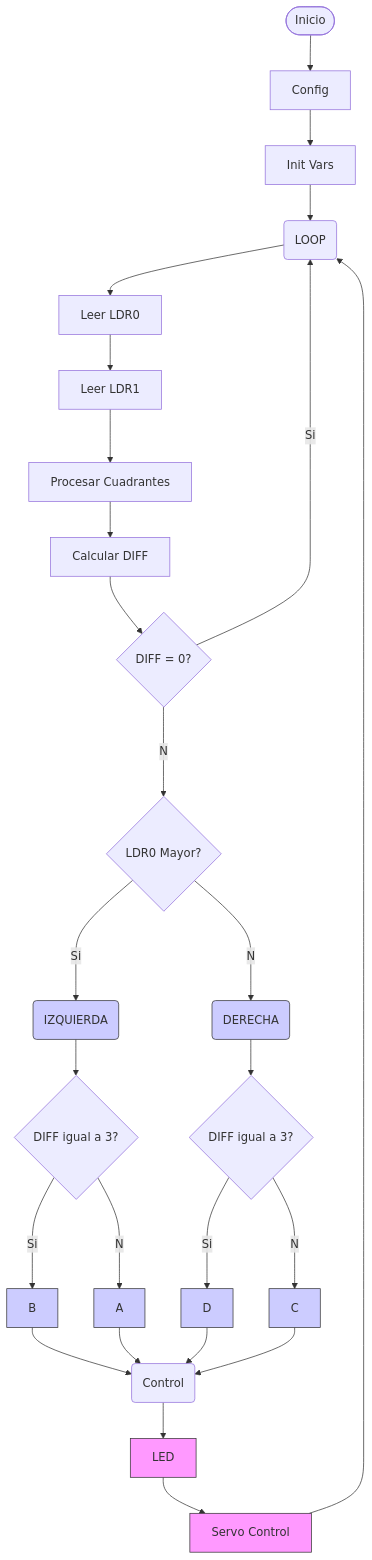
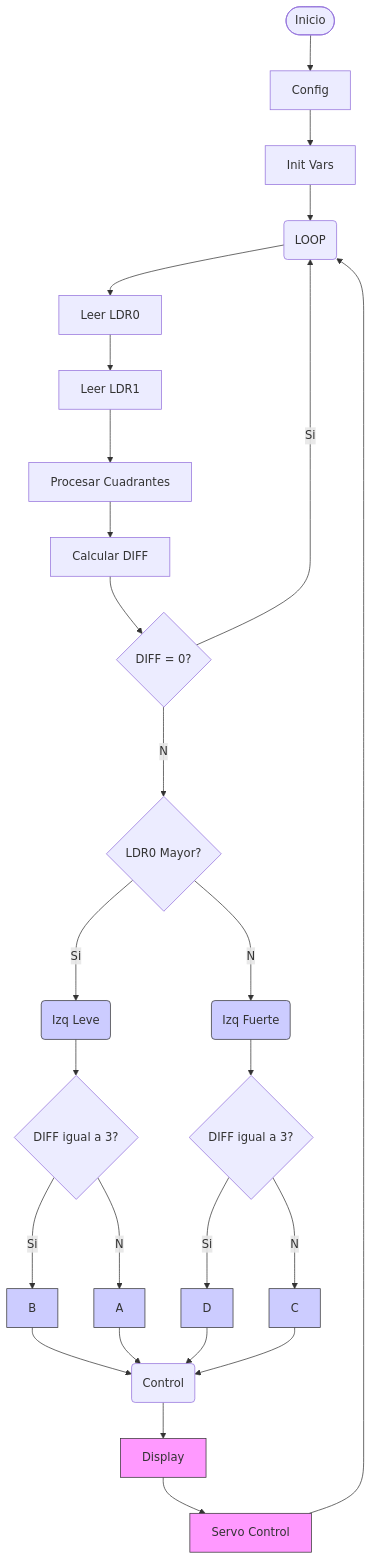
The diagram in README.md (juan-felipe-castilla/Digital2), drawn with Mermaid before and after one commit.

````diff
--- a/README.md
+++ b/README.md
@@ -64,37 +64,37 @@
 ```mermaid 
 flowchart TD
 A([Inicio])-->B[Config]
 B-->C[Init Vars]
 C-->D(LOOP)
 D-->E[Leer LDR0]
 E-->F[Leer LDR1]
 F-->I[Procesar Cuadrantes]
 I-->J[Calcular DIFF]
 J-->K{DIFF = 0?}
 K--Si-->D
 K--No-->L{LDR0 Mayor?}
-L--Si-->M(IZQUIERDA)
-L--No-->N(DERECHA)
+L--Si-->M(Izq Leve)
+L--No-->N(Izq Fuerte)
 M-->M1{DIFF igual a 3?}
 M1--Si-->O[B]
 M1--No-->P[A]
 N-->N1{DIFF igual a 3?}
 N1--Si-->Q[D]
 N1--No-->R[C]
 O-->S(Control)
 P-->S
 Q-->S
 R-->S
-S-->T[LED]
+S-->T[Display]
 T-->U[Servo Control]
 U-->D
 
 style M fill:#ccf,stroke:#333
 style N fill:#ccf,stroke:#333
 style O fill:#ccf,stroke:#333
 style P fill:#ccf,stroke:#333
 style Q fill:#ccf,stroke:#333
 style R fill:#ccf,stroke:#333
 style T fill:#f9f,stroke:#333
 style U fill:#f9f,stroke:#333
 ```
````
